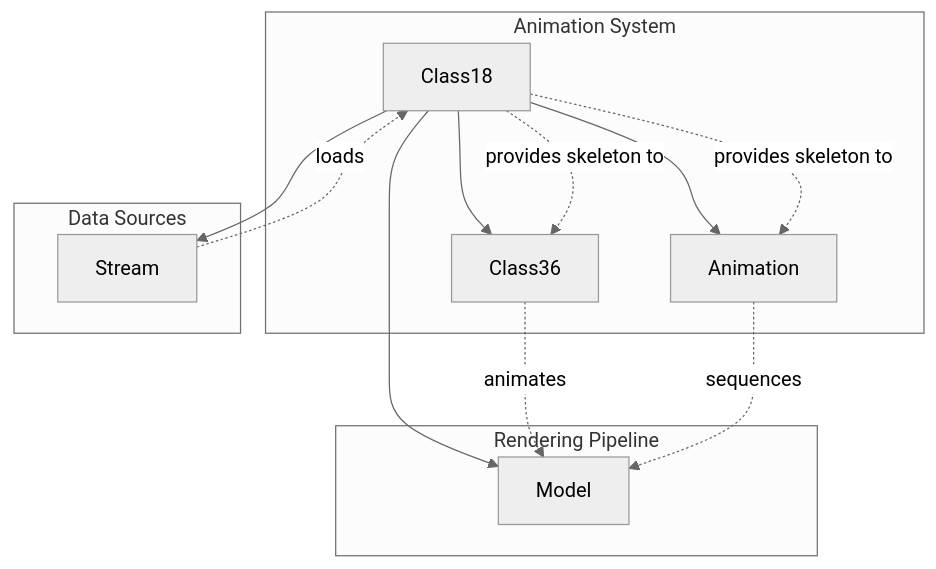
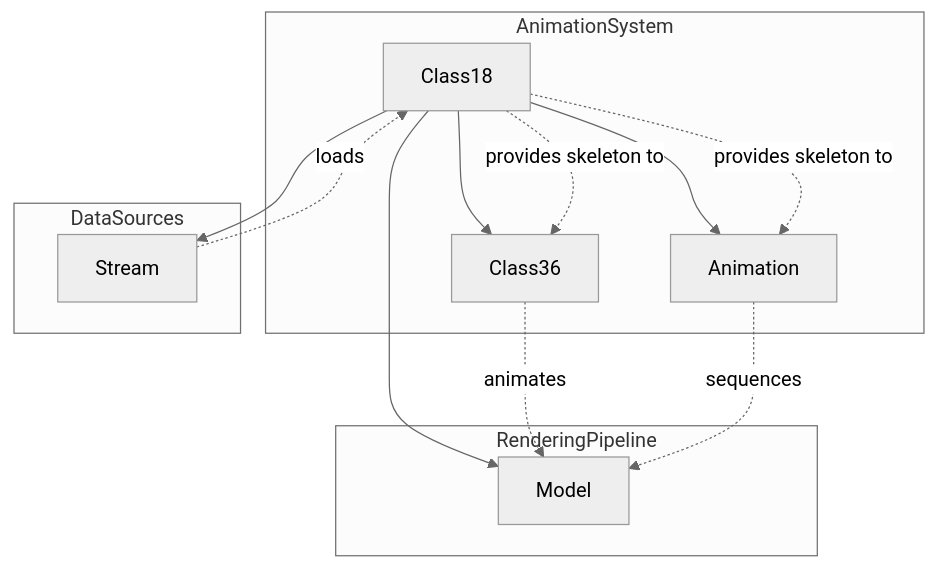
Before and after one commit to daxxog/solmud: the diagram in bytecode/mapping/evidence/verified/Class18_XPBACSMK.md, drawn with Mermaid (neutral theme). The commit also changed 10 other files, not shown here.

````diff
--- a/bytecode/mapping/evidence/verified/Class18_XPBACSMK.md
+++ b/bytecode/mapping/evidence/verified/Class18_XPBACSMK.md
@@ -17,27 +17,27 @@
 ```mermaid
 graph TD
     Class18 --> Stream[Stream]
     Class18 --> Class36[Class36]
     Class18 --> Animation[Animation]
     Class18 --> Model[Model]
     
-    subgraph "Animation System"
+    subgraph AnimationSystem
         Class18
         Class36
         Animation
     end
     
-    subgraph "Data Sources"
+    subgraph DataSources
         Stream
     end
     
-    subgraph "Rendering Pipeline"
+    subgraph RenderingPipeline
         Model
     end
     
     Stream -.->|loads| Class18
     Class18 -.->|provides skeleton to| Class36
     Class18 -.->|provides skeleton to| Animation
     Class36 -.->|animates| Model
     Animation -.->|sequences| Model
 ```
````
